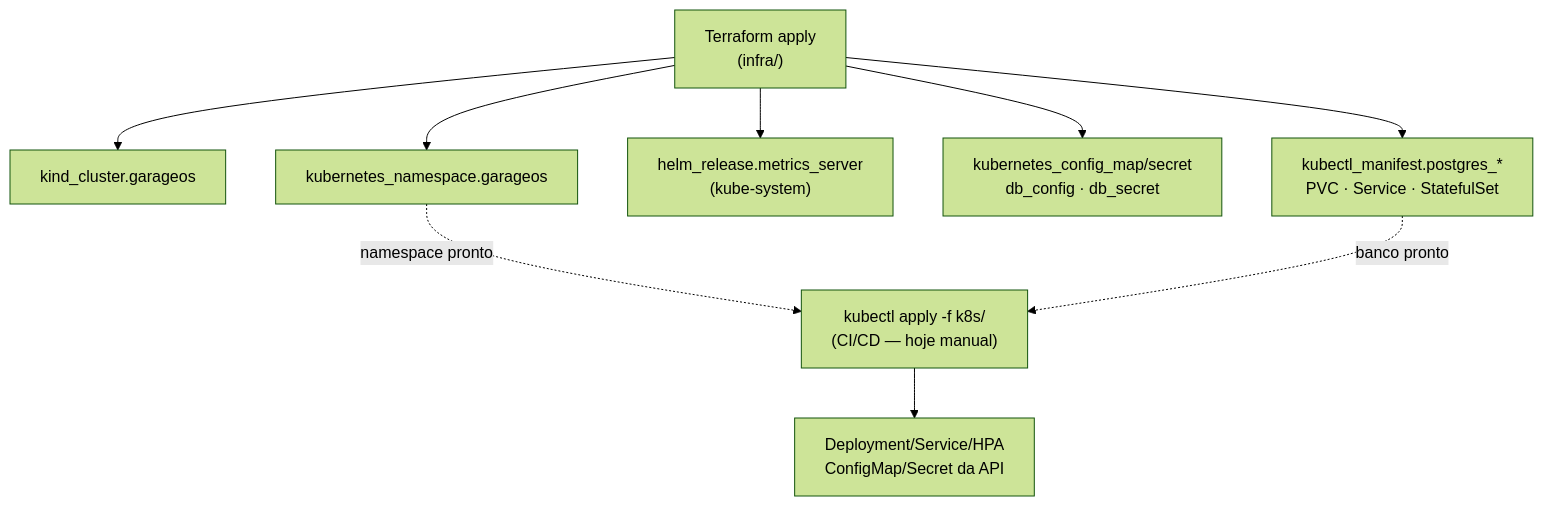
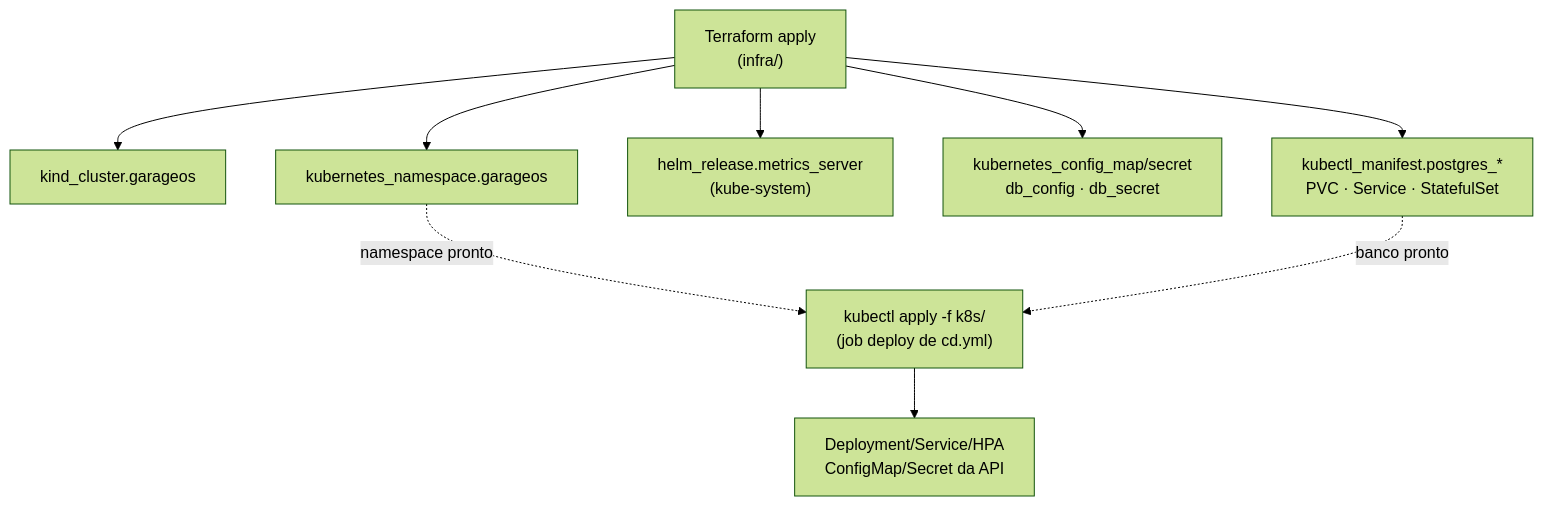
Before and after one commit to TechChallengeFase1/garageos-app: the third of 4 diagrams in docs/arquitetura.md, drawn with Mermaid (forest theme). The commit also changed other lines of this file and 1 other file, not shown here.

````diff
--- a/docs/arquitetura.md
+++ b/docs/arquitetura.md
@@ -78,15 +105,15 @@
 ```mermaid
 flowchart TB
     TF["Terraform apply\n(infra/)"]
     TF --> C1["kind_cluster.garageos"]
     TF --> C2["kubernetes_namespace.garageos"]
     TF --> C3["helm_release.metrics_server\n(kube-system)"]
     TF --> C4["kubernetes_config_map/secret\ndb_config · db_secret"]
     TF --> C5["kubectl_manifest.postgres_*\nPVC · Service · StatefulSet"]
 
-    CICD["kubectl apply -f k8s/\n(CI/CD — hoje manual)"]
+    CICD["kubectl apply -f k8s/\n(job deploy de cd.yml)"]
     CICD --> A1["Deployment/Service/HPA\nConfigMap/Secret da API"]
 
     C2 -.->|namespace pronto| CICD
     C5 -.->|banco pronto| CICD
 ```
````
